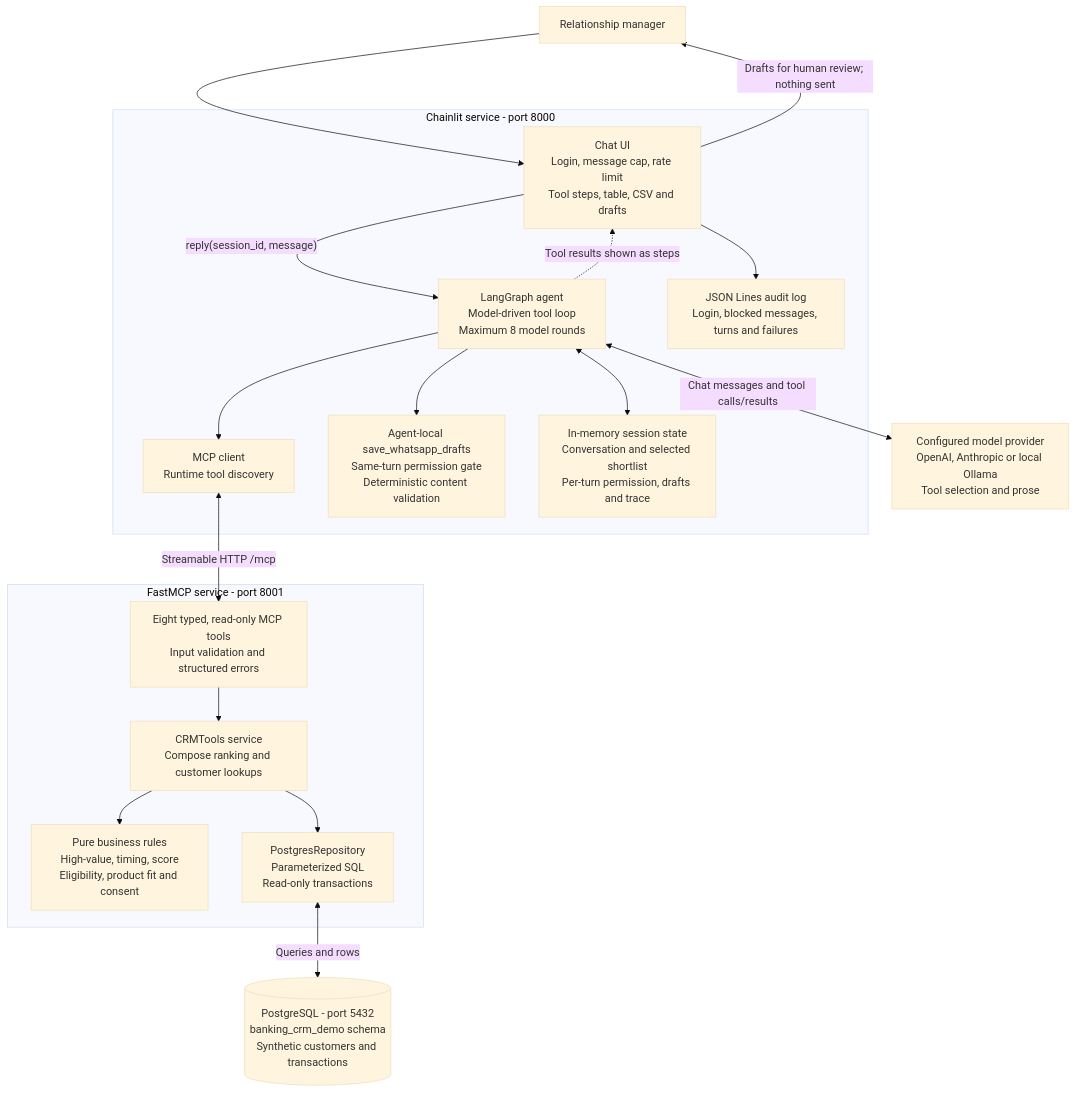
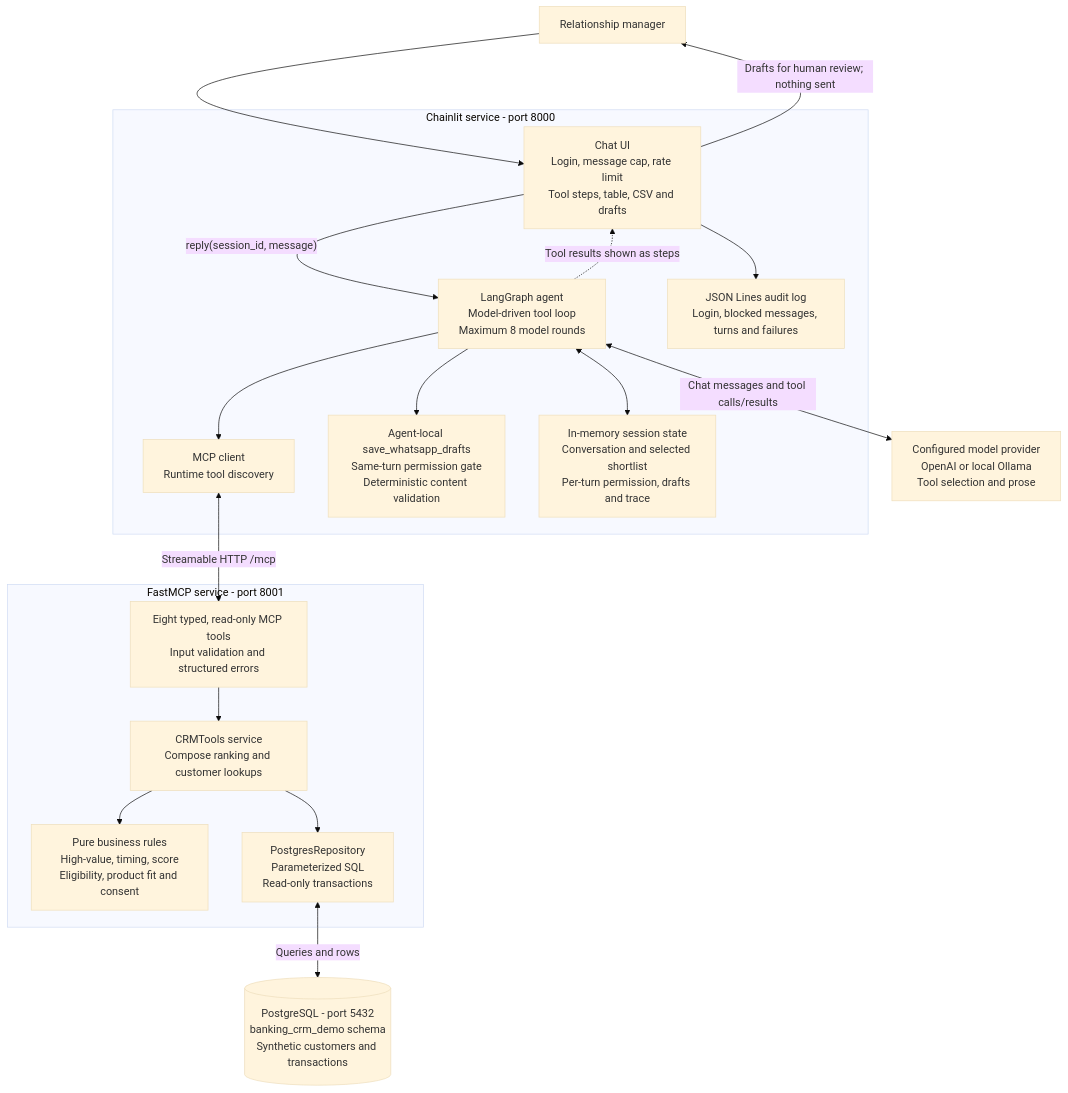
Before and after one commit to satyensingh/banking-crm-agent: the diagram in diagrams/architecture_diagram.md, drawn with Mermaid (base theme). The commit also changed 9 other files, not shown here.

````diff
--- a/diagrams/architecture_diagram.md
+++ b/diagrams/architecture_diagram.md
@@ -5,34 +5,34 @@
 ```mermaid
 flowchart TB
     RM["Relationship manager"]
     subgraph CHAT["Chainlit service - port 8000"]
         UI["Chat UI<br/>Login, message cap, rate limit<br/>Tool steps, table, CSV and drafts"]
         AG["LangGraph agent<br/>Model-driven tool loop<br/>Maximum 8 model rounds"]
         MCPCLIENT["MCP client<br/>Runtime tool discovery"]
         DRAFT["Agent-local save_whatsapp_drafts<br/>Same-turn permission gate<br/>Deterministic content validation"]
         STATE["In-memory session state<br/>Conversation and selected shortlist<br/>Per-turn permission, drafts and trace"]
         AUDIT["JSON Lines audit log<br/>Login, blocked messages, turns and failures"]
         UI -->|"reply(session_id, message)"| AG
         AG --> MCPCLIENT
         AG --> DRAFT
         AG <--> STATE
         UI --> AUDIT
         AG -.->|"Tool results shown as steps"| UI
     end
-    LLM["Configured model provider<br/>OpenAI, Anthropic or local Ollama<br/>Tool selection and prose"]
+    LLM["Configured model provider<br/>OpenAI or local Ollama<br/>Tool selection and prose"]
     subgraph TOOLS["FastMCP service - port 8001"]
         MCP["Eight typed, read-only MCP tools<br/>Input validation and structured errors"]
         SVC["CRMTools service<br/>Compose ranking and customer lookups"]
         RULES["Pure business rules<br/>High-value, timing, score<br/>Eligibility, product fit and consent"]
         REPO["PostgresRepository<br/>Parameterized SQL<br/>Read-only transactions"]
         MCP --> SVC
         SVC --> RULES
         SVC --> REPO
     end
     DB[("PostgreSQL - port 5432<br/>banking_crm_demo schema<br/>Synthetic customers and transactions")]
     RM --> UI
     AG <-->|"Chat messages and tool calls/results"| LLM
     MCPCLIENT <-->|"Streamable HTTP /mcp"| MCP
     REPO <-->|"Queries and rows"| DB
     UI -->|"Drafts for human review; nothing sent"| RM
 ```
````
